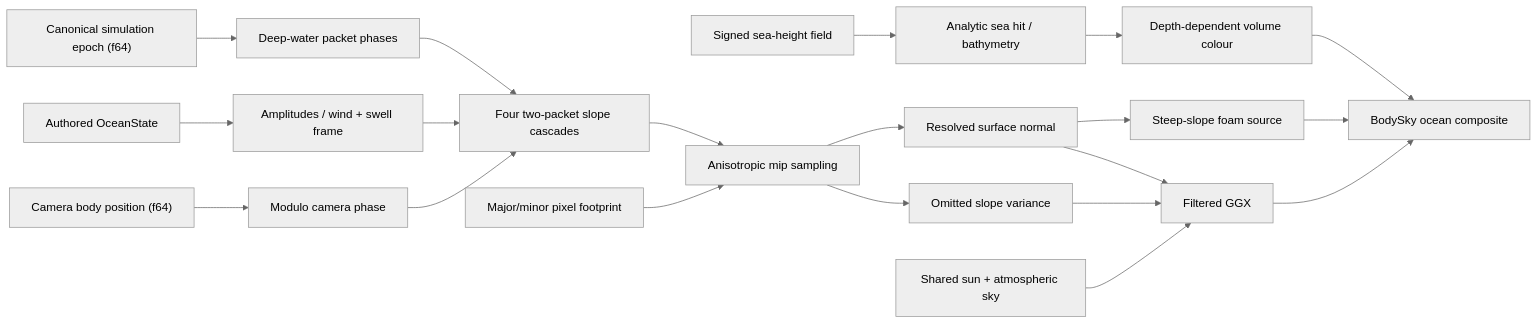
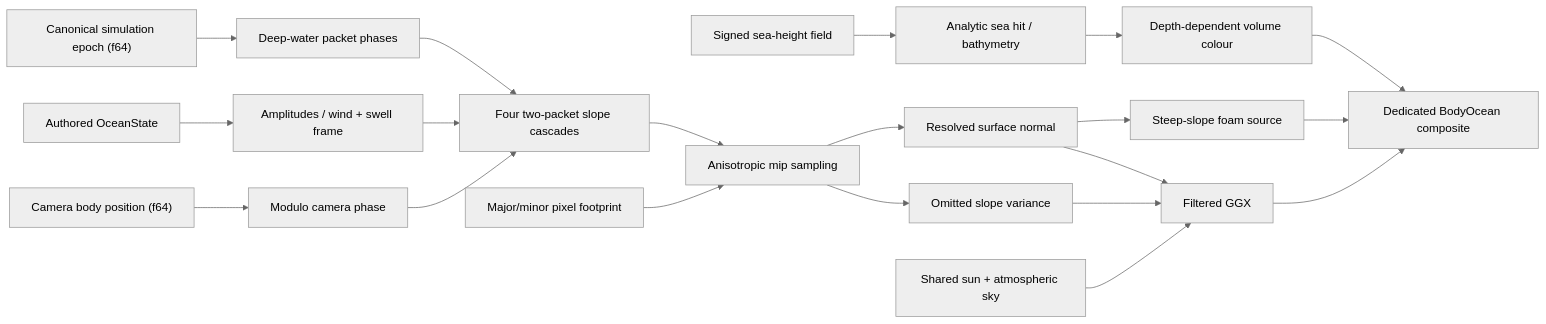
Before and after one commit to korbindeman/thalos: the diagram in docs/ocean.md, drawn with Mermaid (neutral theme). The commit also changed other lines of this file and 154 other files, not shown here.

````diff
--- a/docs/ocean.md
+++ b/docs/ocean.md
@@ -66,22 +67,22 @@
 ```mermaid
 flowchart LR
   State["Authored OceanState"] --> Projection["Amplitudes / wind + swell frame"]
   Clock["Canonical simulation epoch (f64)"] --> Dispersion["Deep-water packet phases"]
   Camera["Camera body position (f64)"] --> Phase["Modulo camera phase"]
   Sea["Signed sea-height field"] --> Hit["Analytic sea hit / bathymetry"]
   Phase --> Waves["Four two-packet slope cascades"]
   Projection --> Waves
   Dispersion --> Waves
   Footprint["Major/minor pixel footprint"] --> Mips["Anisotropic mip sampling"]
   Waves --> Mips
   Mips --> Variance["Omitted slope variance"]
   Mips --> Normal["Resolved surface normal"]
   Variance --> BRDF["Filtered GGX"]
   Atmos["Shared sun + atmospheric sky"] --> BRDF
   Hit --> Volume["Depth-dependent volume colour"]
   Normal --> BRDF
   Normal --> Foam["Steep-slope foam source"]
-  BRDF --> Composite["BodySky ocean composite"]
+  BRDF --> Composite["Dedicated BodyOcean composite"]
   Volume --> Composite
   Foam --> Composite
 ```
````
